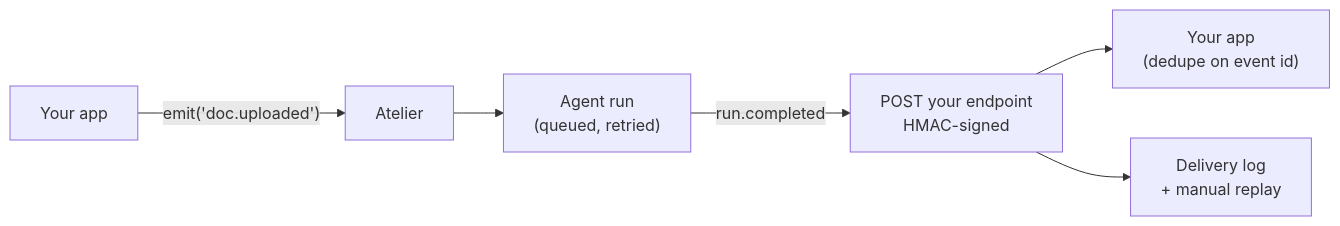
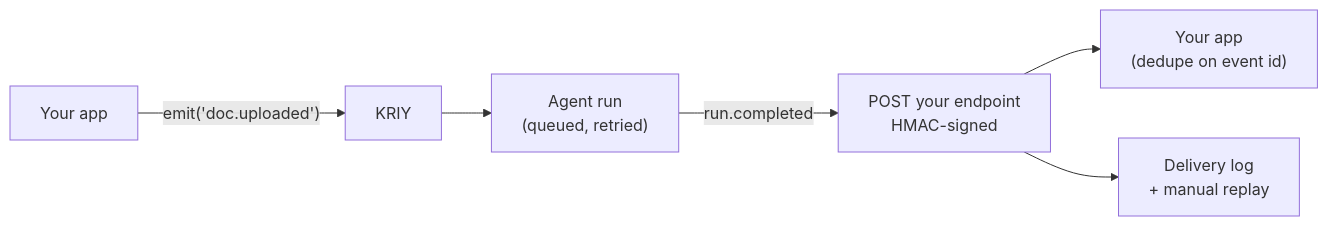
One commit to hiwcode/kriy changed the diagram in docs/using-webhooks.md. Above: the diagram before and after it, drawn with Mermaid. The commit also changed other lines of this file and 56 other files, not shown here.

````diff
--- a/docs/using-webhooks.md
+++ b/docs/using-webhooks.md
@@ -8,8 +8,8 @@
 ```mermaid
 flowchart LR
-    App["Your app"] -- "emit('doc.uploaded')" --> Atelier["Atelier"]
-    Atelier --> Run["Agent run\n(queued, retried)"]
+    App["Your app"] -- "emit('doc.uploaded')" --> KRIY["KRIY"]
+    KRIY --> Run["Agent run\n(queued, retried)"]
     Run -- "run.completed" --> Hook["POST your endpoint\nHMAC-signed"]
     Hook --> App2["Your app\n(dedupe on event id)"]
     Hook --> Log["Delivery log\n+ manual replay"]
 ```
````
